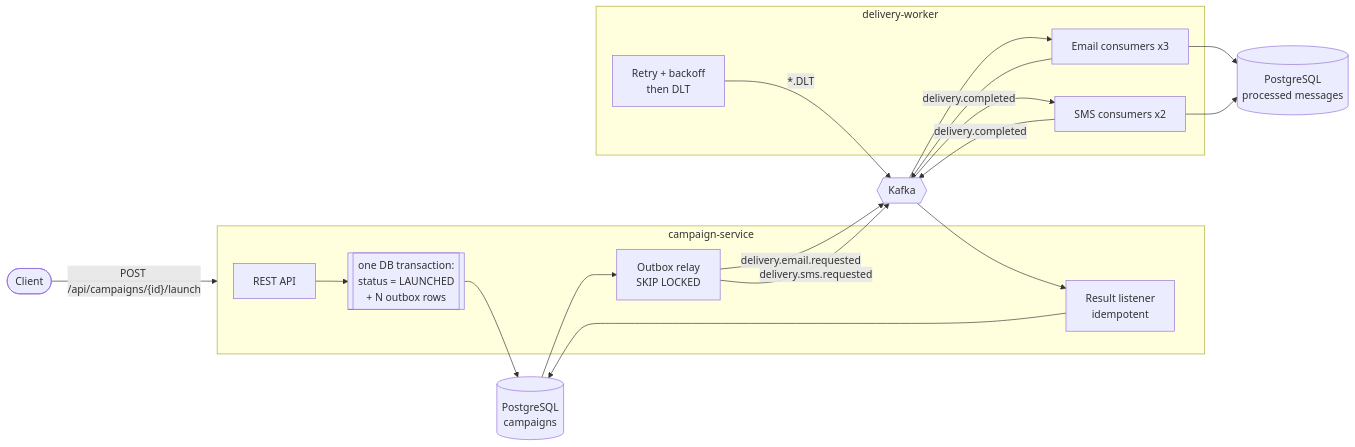
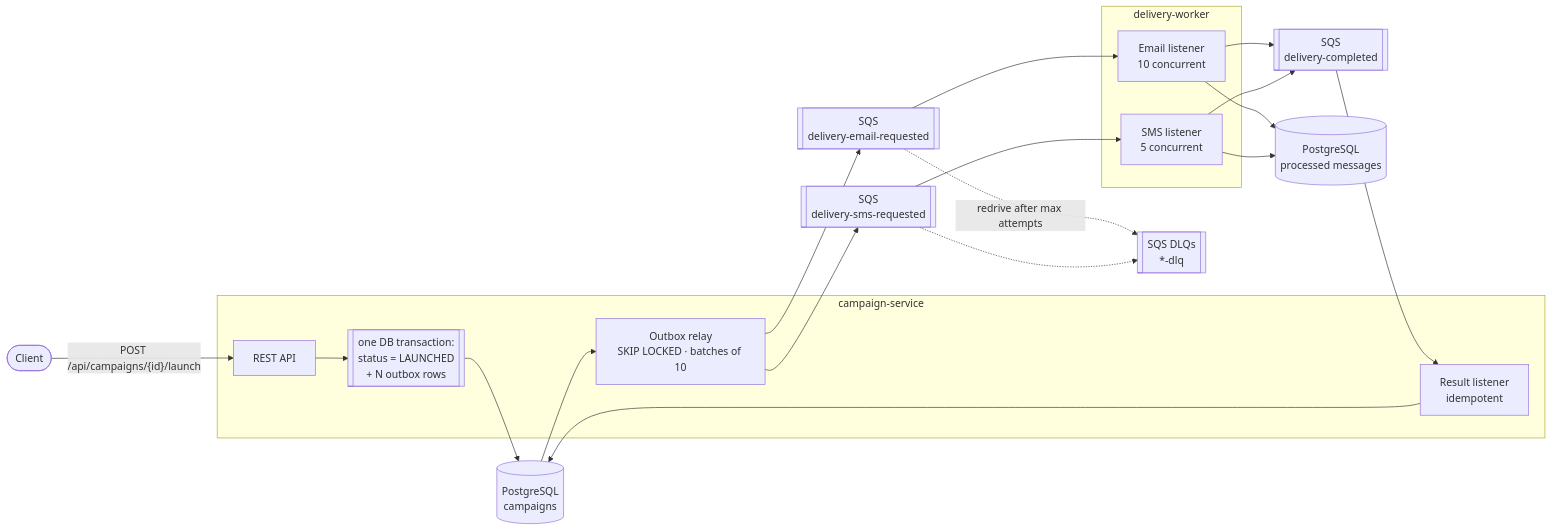
One commit to shubhajit93/event-driven-campaign-platform changed the diagram in README.md. Above: the diagram before and after it, drawn with Mermaid. The commit also changed other lines of this file and 37 other files, not shown here.

First line of the commit message:
Switch messaging from Kafka to AWS SQS

````diff
--- a/README.md
+++ b/README.md
@@ -23,27 +27,28 @@
 ```mermaid
 flowchart LR
-    C([Client]) -->|"POST /api/campaigns/{id}/launch"| CS
+    C([Client]) -->|"POST /api/campaigns/{id}/launch"| API
 
     subgraph CS["campaign-service"]
         API[REST API] --> TX[["one DB transaction:<br/>status = LAUNCHED<br/>+ N outbox rows"]]
-        RELAY[Outbox relay<br/>SKIP LOCKED] 
-        RES[Result listener<br/>idempotent]
+        RELAY["Outbox relay<br/>SKIP LOCKED · batches of 10"]
+        RES["Result listener<br/>idempotent"]
     end
 
     TX --> PG1[(PostgreSQL<br/>campaigns)]
     PG1 --> RELAY
-    RELAY -->|delivery.email.requested| K{{Kafka}}
-    RELAY -->|delivery.sms.requested| K
+    RELAY --> QE[["SQS<br/>delivery-email-requested"]]
+    RELAY --> QS[["SQS<br/>delivery-sms-requested"]]
 
     subgraph DW["delivery-worker"]
-        E[Email consumers x3]
-        S[SMS consumers x2]
-        EH[Retry + backoff<br/>then DLT]
+        E["Email listener<br/>10 concurrent"]
+        S["SMS listener<br/>5 concurrent"]
     end
 
-    K --> E & S
+    QE --> E
+    QS --> S
+    QE -.->|"redrive after max attempts"| DLQ[["SQS DLQs<br/>*-dlq"]]
+    QS -.-> DLQ
     E & S --> PG2[(PostgreSQL<br/>processed messages)]
-    E & S -->|delivery.completed| K
-    EH -->|"*.DLT"| K
-    K --> RES --> PG1
+    E & S --> QR[["SQS<br/>delivery-completed"]]
+    QR --> RES --> PG1
 ```
````
